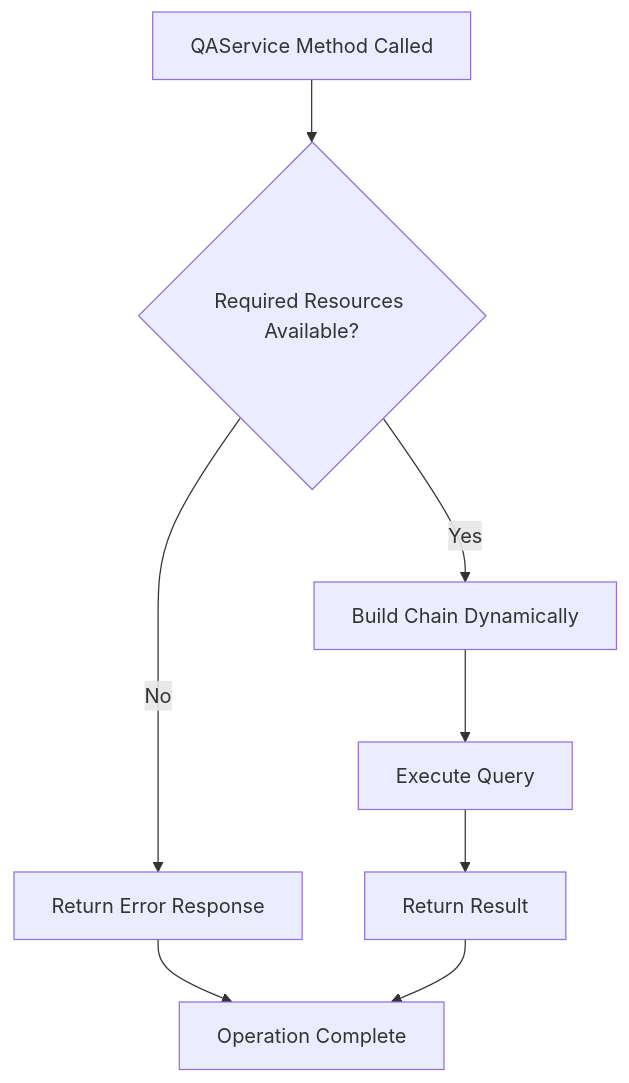
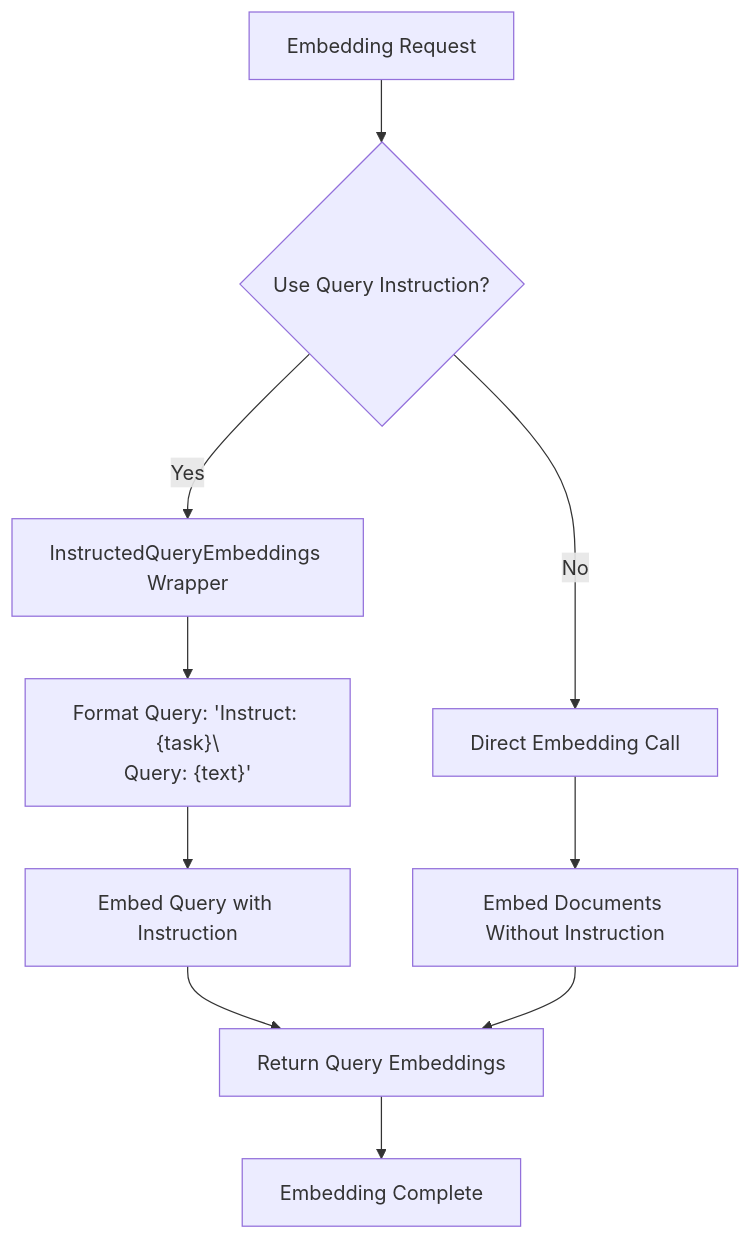
One commit to ognelis/cafetera_hr_bot changed the third of 24 diagrams in .qoder/repowiki/en/content/API Reference/RAG Microservice Architecture.md. Above: the diagram before and after it, drawn with Mermaid. The commit also changed other lines of this file and 10 other files, not shown here.

````diff
--- a/.qoder/repowiki/en/content/API Reference/RAG Microservice Architecture.md
+++ b/.qoder/repowiki/en/content/API Reference/RAG Microservice Architecture.md
@@ -242,10 +258,12 @@
 ```mermaid
 flowchart TD
-Start["QAService Method Called"] --> CheckResources{"Required Resources Available?"}
-CheckResources --> |No| ReturnError["Return Error Response"]
-CheckResources --> |Yes| BuildChain["Build Chain Dynamically"]
-BuildChain --> ExecuteQuery["Execute Query"]
-ExecuteQuery --> ReturnResult["Return Result"]
-ReturnError --> End["Operation Complete"]
-ReturnResult --> End
+Start["Embedding Request"] --> CheckInstruction{"Use Query Instruction?"}
+CheckInstruction --> |No| DirectEmbed["Direct Embedding Call"]
+CheckInstruction --> |Yes| WrapEmbeddings["InstructedQueryEmbeddings Wrapper"]
+WrapEmbeddings --> FormatQuery["Format Query: 'Instruct: {task}\\nQuery: {text}'"]
+FormatQuery --> QueryEmbed["Embed Query with Instruction"]
+DirectEmbed --> DocumentEmbed["Embed Documents Without Instruction"]
+QueryEmbed --> ReturnResult["Return Query Embeddings"]
+DocumentEmbed --> ReturnResult
+ReturnResult --> End["Embedding Complete"]
 ```
````
